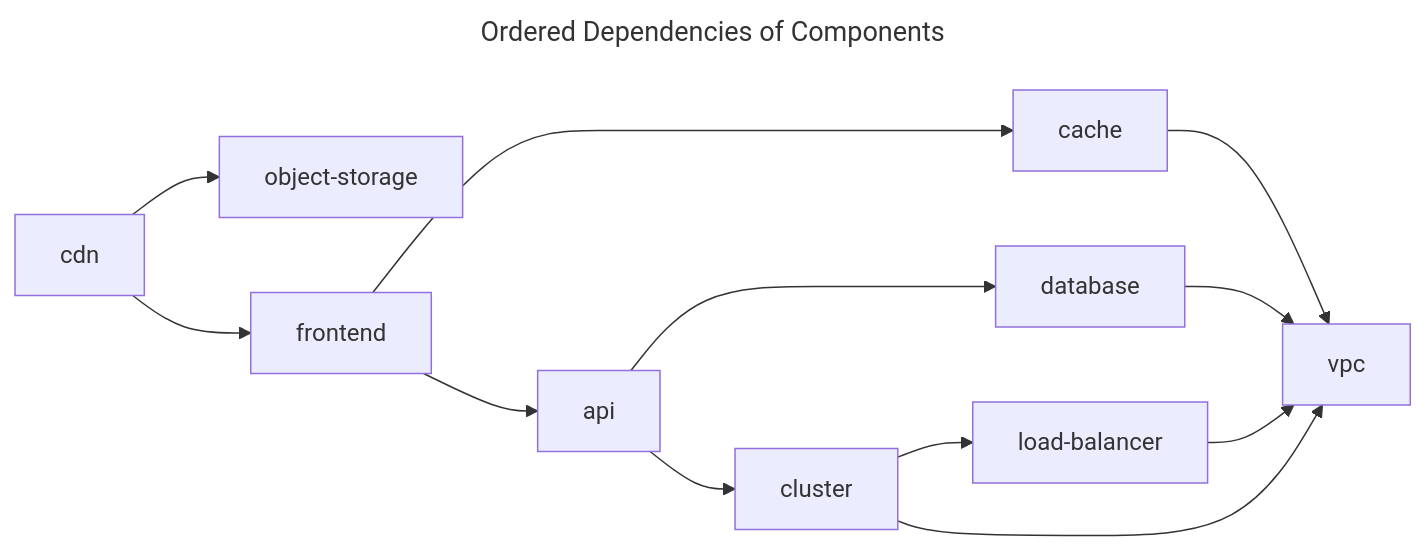
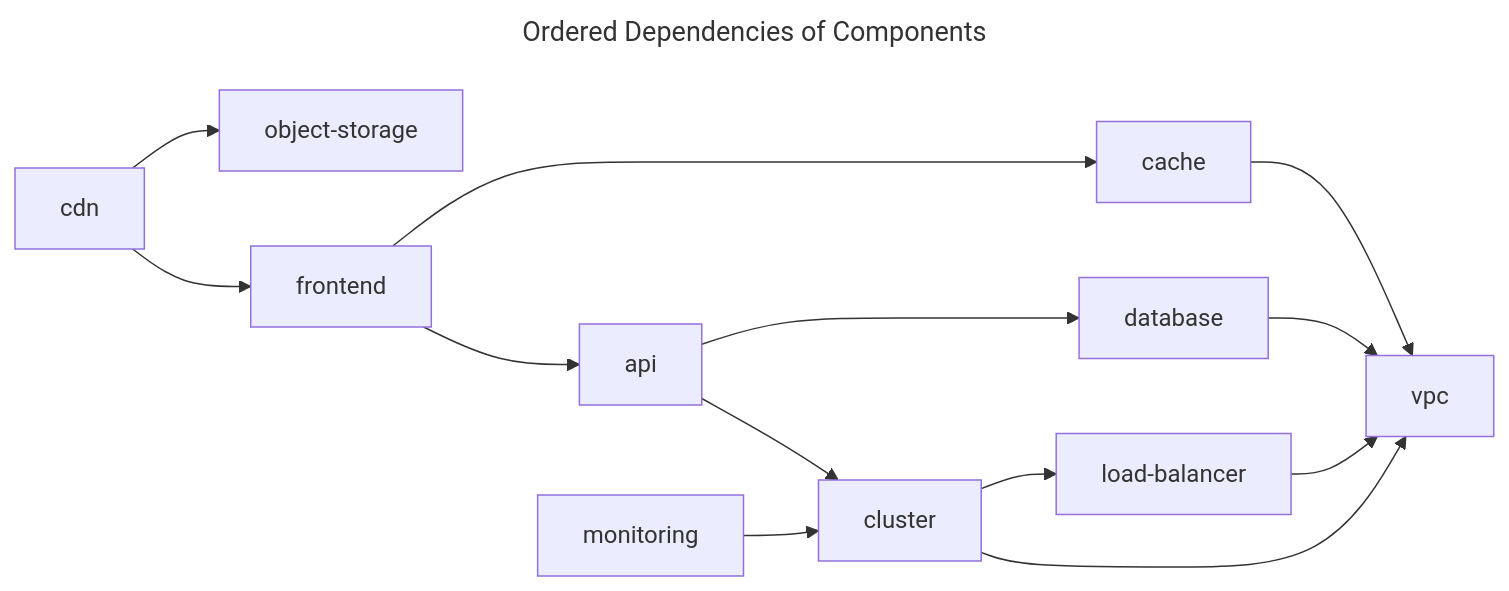
The first of 3 diagrams in .github/README.md (cloudposse-examples/atmos-pro-example-advanced), drawn with Mermaid before and after one commit. The commit also changed other lines of this file and 10 other files, not shown here.

````diff
--- a/.github/README.md
+++ b/.github/README.md
@@ -11,18 +13,19 @@
 ```mermaid
 ---
 title: Ordered Dependencies of Components
 ---
 
 graph LR;
     cache --> vpc
     database --> vpc
     load-balancer --> vpc
     cluster --> vpc
     cluster --> load-balancer
     cdn --> object-storage
     cdn --> frontend
     api --> database
     api --> cluster
     frontend --> cache
     frontend --> api
+    monitoring --> cluster
 ```
````
